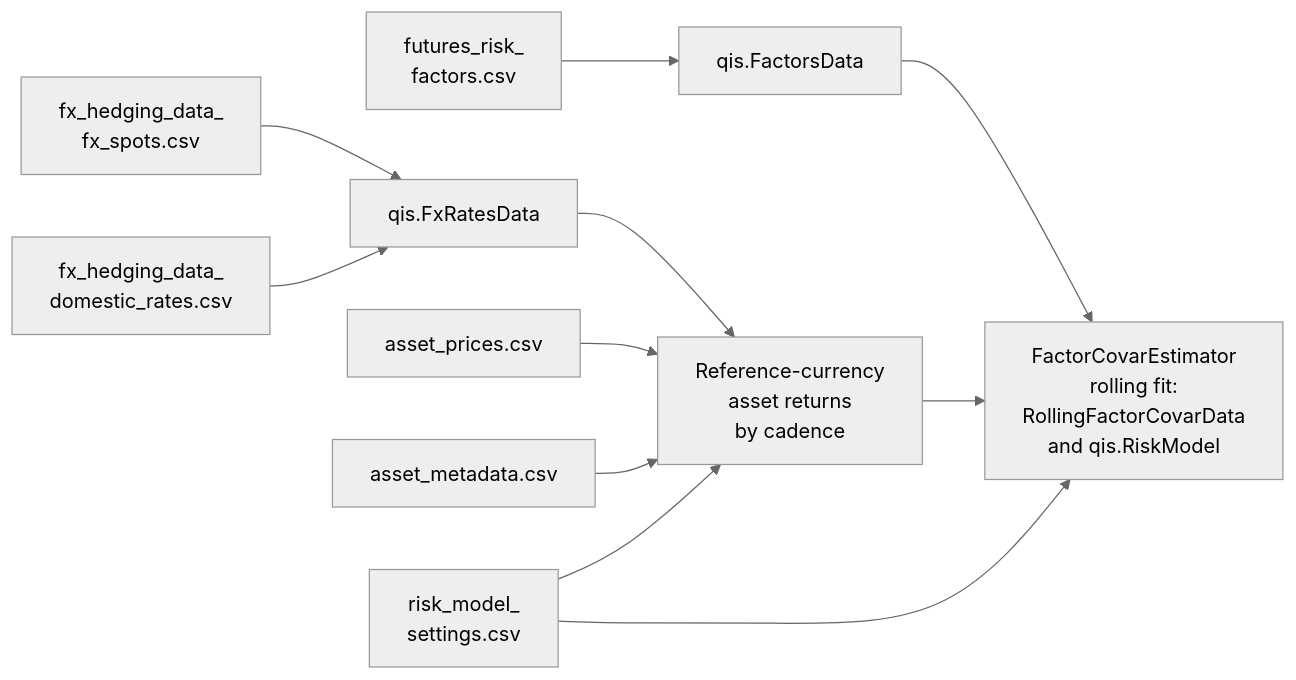
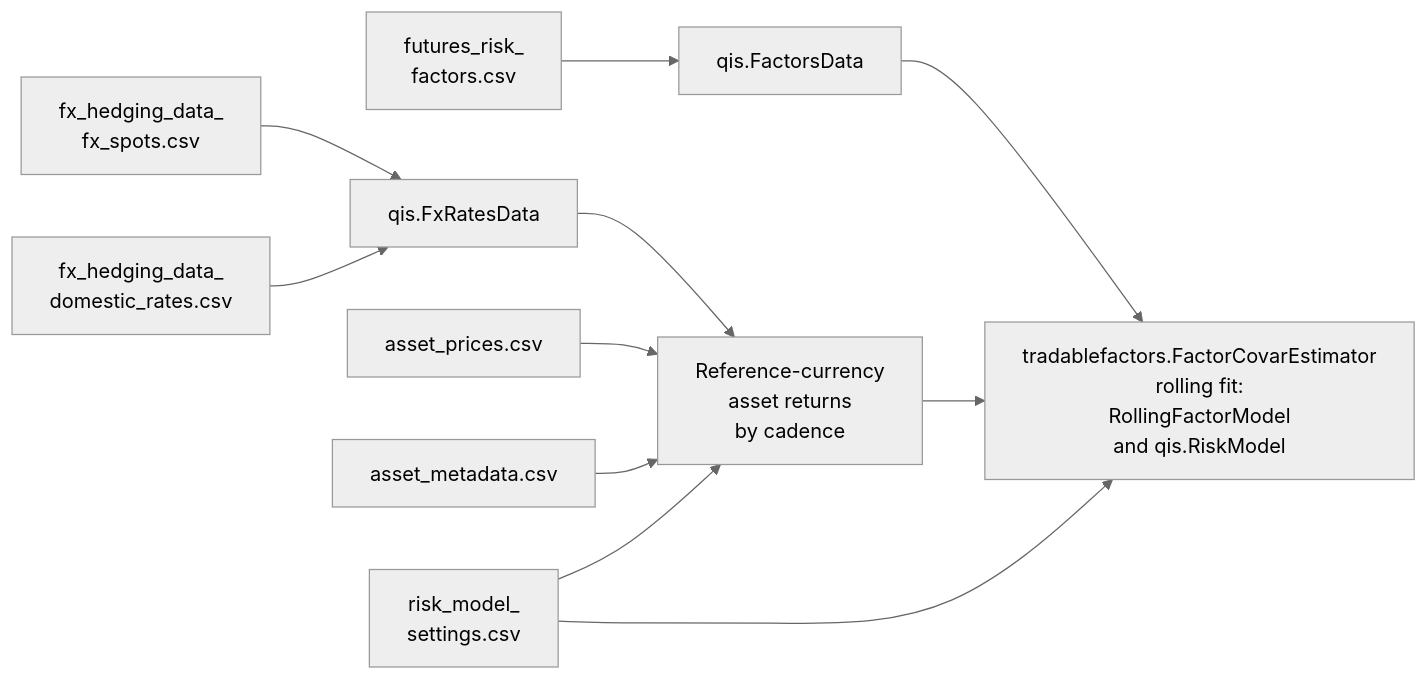
The diagram in docs/rolling_factor_covar_from_csv.md (ArturSepp/OptimalPortfolios), drawn with Mermaid (neutral theme) before and after one commit. The commit also changed other lines of this file and 117 other files, not shown here.

````diff
--- a/docs/rolling_factor_covar_from_csv.md
+++ b/docs/rolling_factor_covar_from_csv.md
@@ -29,13 +29,13 @@
 ```mermaid
 flowchart LR
     F["futures_risk_<br/>factors.csv"] --> FD["qis.FactorsData"]
     S["fx_hedging_data_<br/>fx_spots.csv"] --> FX["qis.FxRatesData"]
     R["fx_hedging_data_<br/>domestic_rates.csv"] --> FX
     P["asset_prices.csv"] --> AR["Reference-currency<br/>asset returns<br/>by cadence"]
     M["asset_metadata.csv"] --> AR
     FX --> AR
     C["risk_model_<br/>settings.csv"] --> AR
-    C --> E["FactorCovarEstimator<br/>rolling fit:<br/>RollingFactorCovarData<br/>and qis.RiskModel"]
+    C --> E["tradablefactors.FactorCovarEstimator<br/>rolling fit:<br/>RollingFactorModel<br/>and qis.RiskModel"]
     FD --> E
     AR --> E
 ```
````
